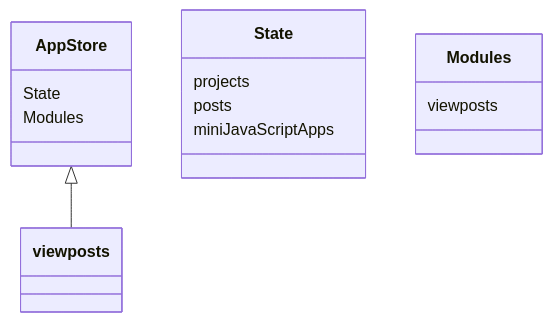
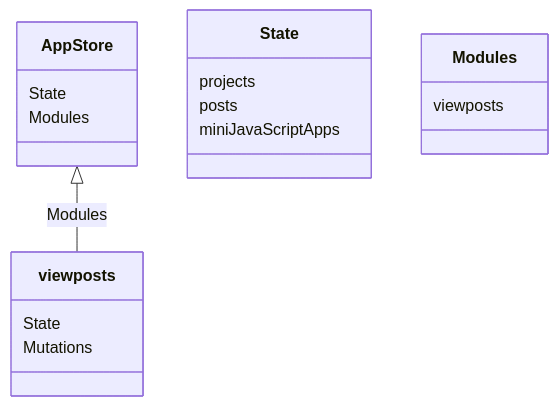
The first of 2 diagrams in README.md (f2xiao/site), drawn with Mermaid before and after one commit.

````diff
--- a/README.md
+++ b/README.md
@@ -7,12 +7,14 @@
 ```mermaid
 classDiagram
-  App Store <|-- viewposts
+  App Store <|-- viewposts : Modules
   App Store : State
   App Store : Modules
+  viewposts : State
+  viewposts: Mutations
   class State
   State : projects
   State : posts
   State : miniJavaScriptApps
   class Modules
   Modules : viewposts
 ```
````
